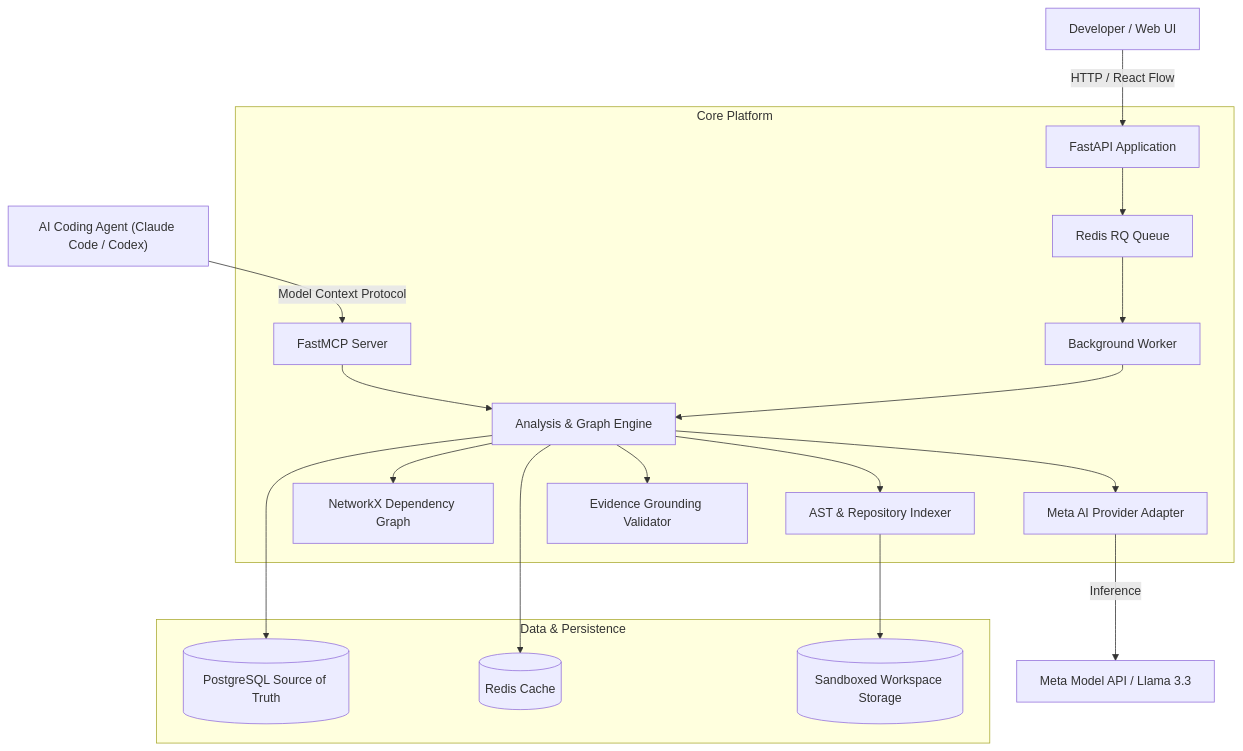
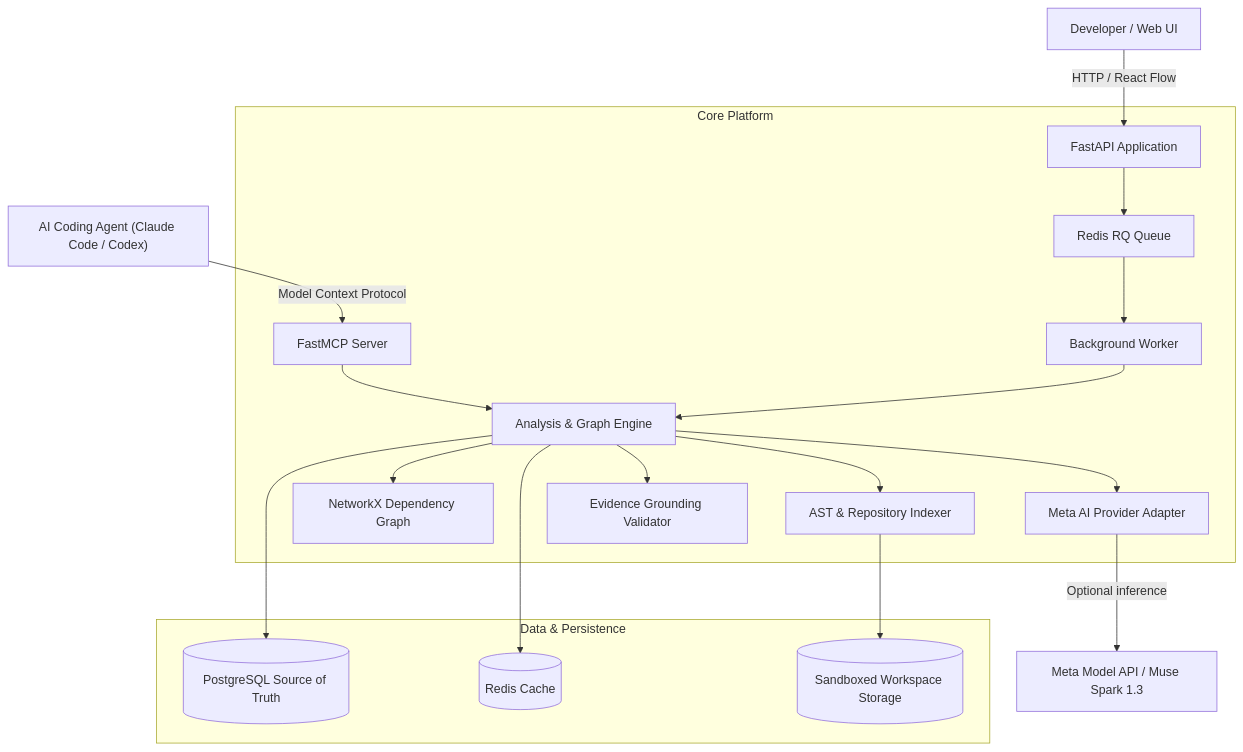
Before and after one commit to teehihi/scope-graph: the diagram in docs/ARCHITECTURE.md, drawn with Mermaid. The commit also changed other lines of this file and 20 other files, not shown here.

````diff
--- a/docs/ARCHITECTURE.md
+++ b/docs/ARCHITECTURE.md
@@ -7,25 +7,25 @@
 ```mermaid
 flowchart TD
     User["Developer / Web UI"] -->|HTTP / React Flow| API["FastAPI Application"]
     Agent["AI Coding Agent (Claude Code / Codex)"] -->|Model Context Protocol| MCP["FastMCP Server"]
 
     subgraph Core Platform
         API --> JobQueue["Redis RQ Queue"]
         MCP --> AnalysisEngine["Analysis & Graph Engine"]
         JobQueue --> Worker["Background Worker"]
         Worker --> AnalysisEngine
         
         AnalysisEngine --> Indexer["AST & Repository Indexer"]
         AnalysisEngine --> Graph["NetworkX Dependency Graph"]
         AnalysisEngine --> MetaAI["Meta AI Provider Adapter"]
         AnalysisEngine --> Validator["Evidence Grounding Validator"]
     end
 
     subgraph Data & Persistence
         AnalysisEngine --> PG[("PostgreSQL Source of Truth")]
         AnalysisEngine --> Cache[("Redis Cache")]
         Indexer --> WorkspaceStorage[("Sandboxed Workspace Storage")]
     end
 
-    MetaAI -->|Inference| MetaModelAPI["Meta Model API / Llama 3.3"]
+    MetaAI -->|Optional inference| MetaModelAPI["Meta Model API / Muse Spark 1.3"]
 ```
````
